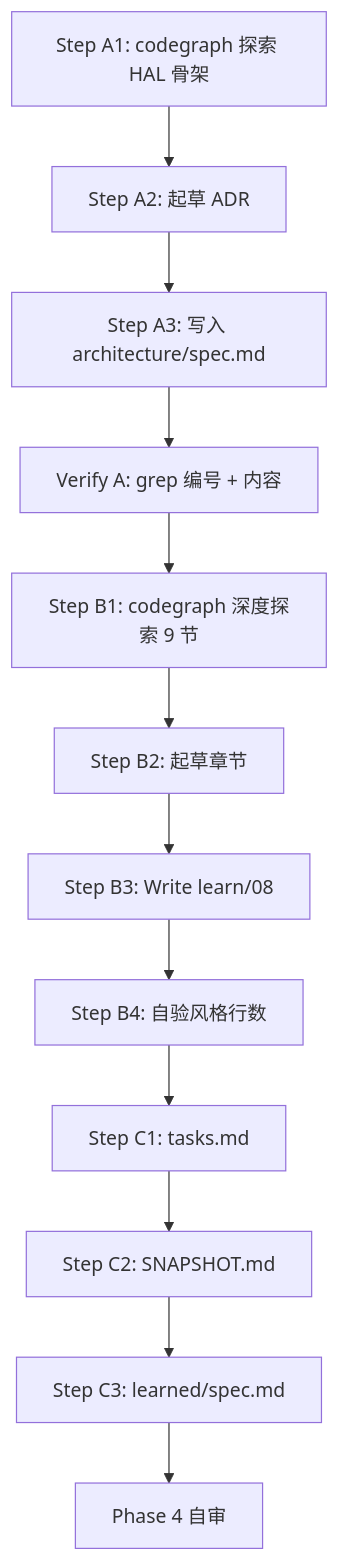
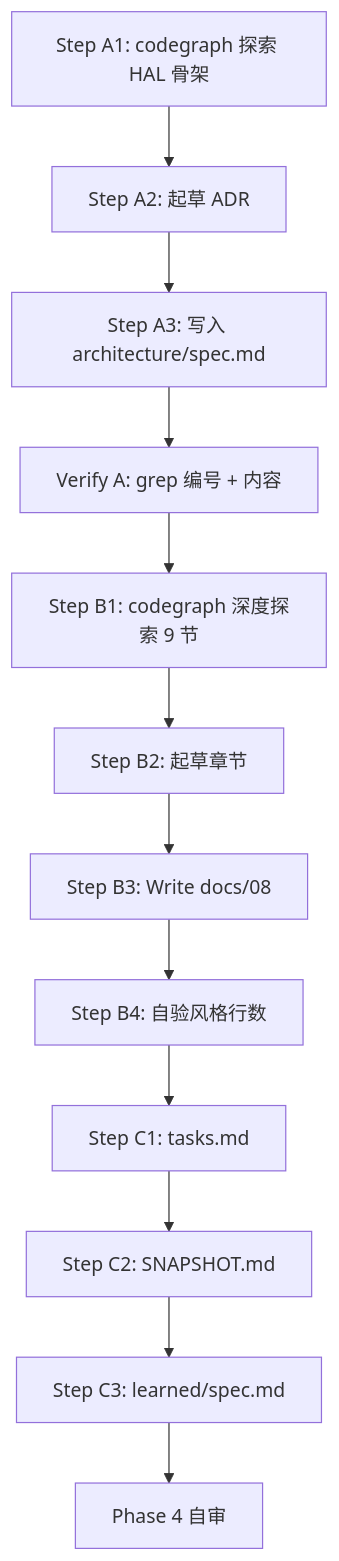
One commit to daivy2333/embassy changed the diagram in .claude/docs/superpowers/plan/m3-hal-architecture.md. Above: the diagram before and after it, drawn with Mermaid. The commit also changed other lines of this file and 16 other files, not shown here.

````diff
--- a/.claude/docs/superpowers/plan/m3-hal-architecture.md
+++ b/.claude/docs/superpowers/plan/m3-hal-architecture.md
@@ -267,14 +267,14 @@
 ```mermaid
 graph TD
     A1[Step A1: codegraph 探索 HAL 骨架] --> A2[Step A2: 起草 ADR]
     A2 --> A3[Step A3: 写入 architecture/spec.md]
     A3 --> VA[Verify A: grep 编号 + 内容]
     VA --> B1[Step B1: codegraph 深度探索 9 节]
     B1 --> B2[Step B2: 起草章节]
-    B2 --> B3[Step B3: Write learn/08]
+    B2 --> B3[Step B3: Write docs/08]
     B3 --> B4[Step B4: 自验风格行数]
     B4 --> C1[Step C1: tasks.md]
     C1 --> C2[Step C2: SNAPSHOT.md]
     C2 --> C3[Step C3: learned/spec.md]
     C3 --> END[Phase 4 自审]
 ```
````
